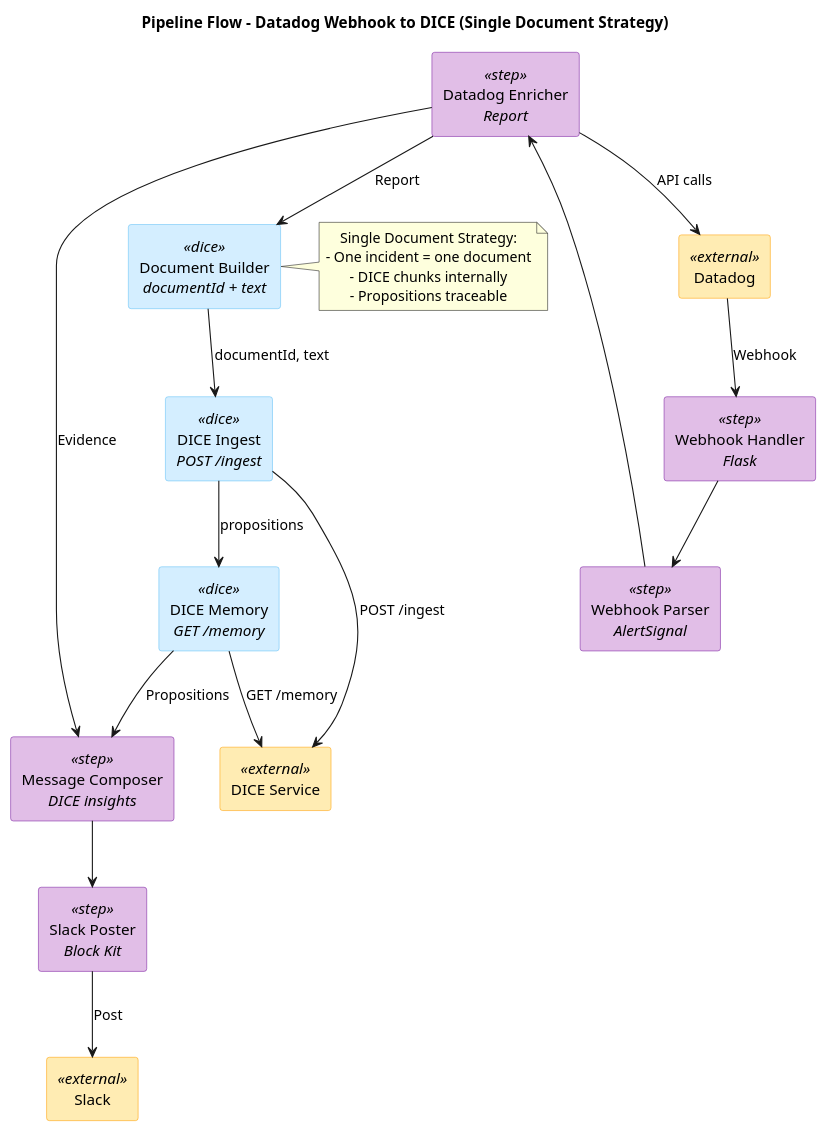
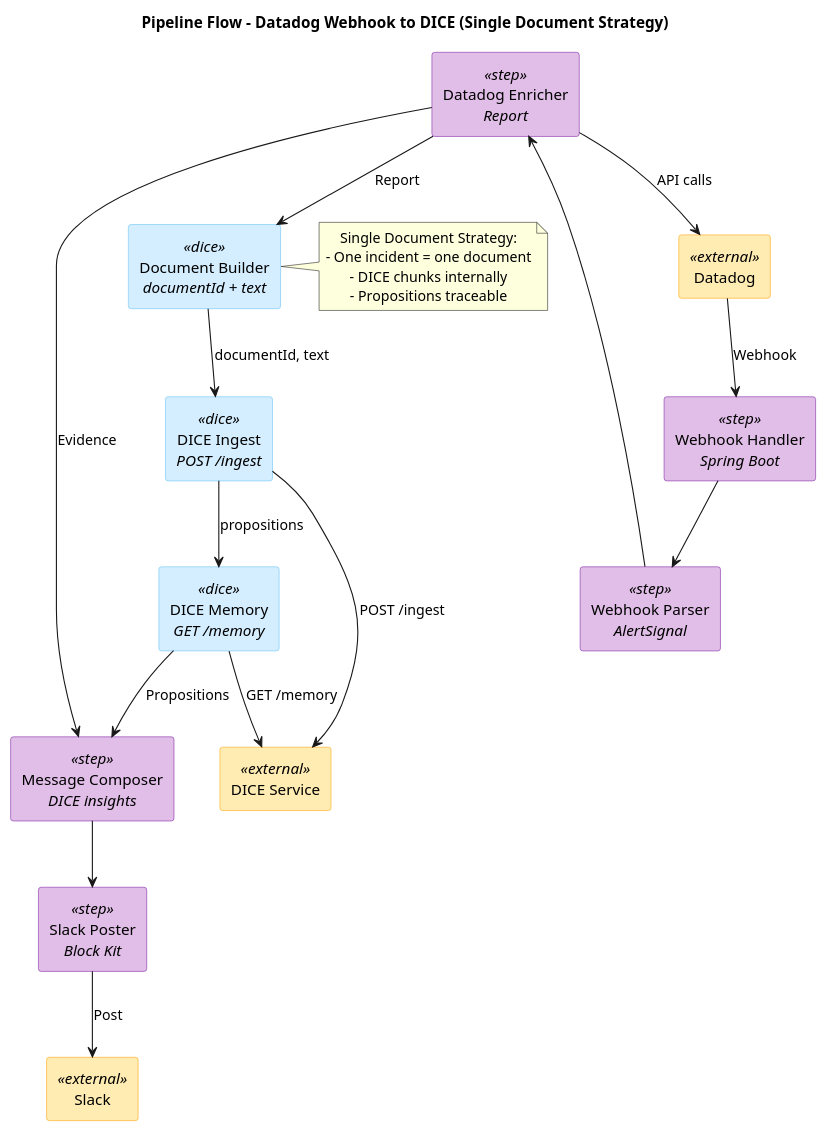
One commit to menkelabs/datadog-drilldown changed the diagram in docs/plantuml/architecture-pipeline-flow.puml. Above: the diagram before and after it, drawn with PlantUML. The commit also changed 2 other files, not shown here.

Commit message:
Remove Python/Flask references from PlantUML diagrams
Updated architecture diagrams to reflect current Kotlin/Spring Boot implementation:

- docs/plantuml/architecture-container.puml: Changed dd-rca Application to
  Embabel RCA Application with Kotlin/Spring Boot components
- docs/plantuml/architecture-pipeline-flow.puml: Changed Flask webhook handler
  to Spring Boot
- embabel-dice-rca/docs/architecture/c4-context.puml: Removed RCA Python Module
  references and consolidated to single Embabel RCA Agent system

```diff
--- a/docs/plantuml/architecture-pipeline-flow.puml
+++ b/docs/plantuml/architecture-pipeline-flow.puml
@@ -1,63 +1,63 @@
 @startuml Pipeline Flow
 title Pipeline Flow - Datadog Webhook to DICE (Single Document Strategy)
 
 skinparam backgroundColor white
 skinparam componentStyle rectangle
 skinparam defaultTextAlignment center
 skinparam shadowing false
 
 skinparam rectangle {
     BackgroundColor<<external>> #FFECB3
     BorderColor<<external>> #FFA000
     BackgroundColor<<step>> #E1BEE7
     BorderColor<<step>> #7B1FA2
     BackgroundColor<<dice>> #D4EEFF
     BorderColor<<dice>> #63C0F5
 }
 
 ' External Input
 rectangle "Datadog" <<external>> as datadog
 
 ' Pipeline Steps
-rectangle "Webhook Handler\n//Flask//" <<step>> as webhook_handler
+rectangle "Webhook Handler\n//Spring Boot//" <<step>> as webhook_handler
 rectangle "Webhook Parser\n//AlertSignal//" <<step>> as webhook_parser
 rectangle "Datadog Enricher\n//Report//" <<step>> as datadog_enricher
 
 ' DICE Integration (Single Document Strategy)
 rectangle "Document Builder\n//documentId + text//" <<dice>> as doc_builder
 rectangle "DICE Ingest\n//POST /ingest//" <<dice>> as dice_ingest
 rectangle "DICE Memory\n//GET /memory//" <<dice>> as dice_memory
 
 ' Output Steps
 rectangle "Message Composer\n//DICE insights//" <<step>> as message_composer
 rectangle "Slack Poster\n//Block Kit//" <<step>> as slack_poster
 
 ' External Systems
 rectangle "DICE Service" <<external>> as dice
 rectangle "Slack" <<external>> as slack
 
 ' Vertical Flow
 datadog --> webhook_handler : Webhook
 webhook_handler --> webhook_parser
 webhook_parser --> datadog_enricher
 datadog_enricher --> datadog : API calls
 
 datadog_enricher --> doc_builder : Report
 doc_builder --> dice_ingest : documentId, text
 dice_ingest --> dice : POST /ingest
 dice_ingest --> dice_memory : propositions
 dice_memory --> dice : GET /memory
 
 dice_memory --> message_composer : Propositions
 datadog_enricher --> message_composer : Evidence
 message_composer --> slack_poster
 slack_poster --> slack : Post
 
 note right of doc_builder
   Single Document Strategy:
   - One incident = one document
   - DICE chunks internally
   - Propositions traceable
 end note
 
 @enduml
```
